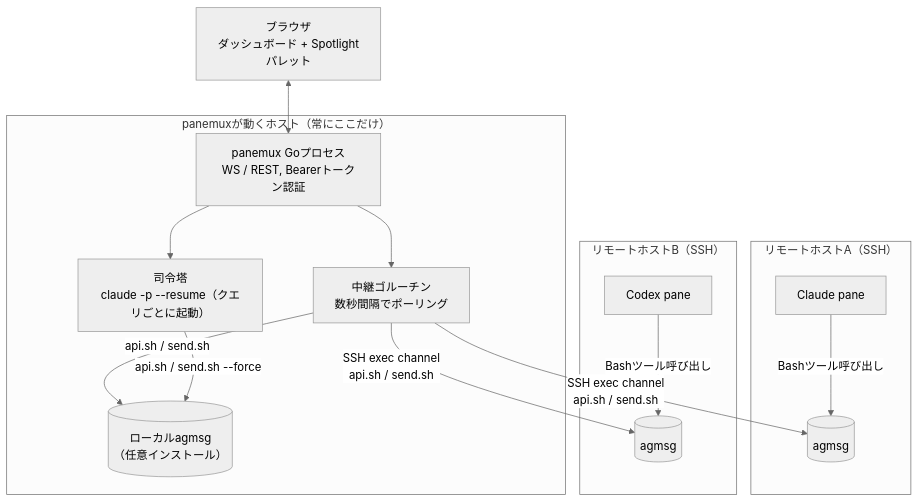
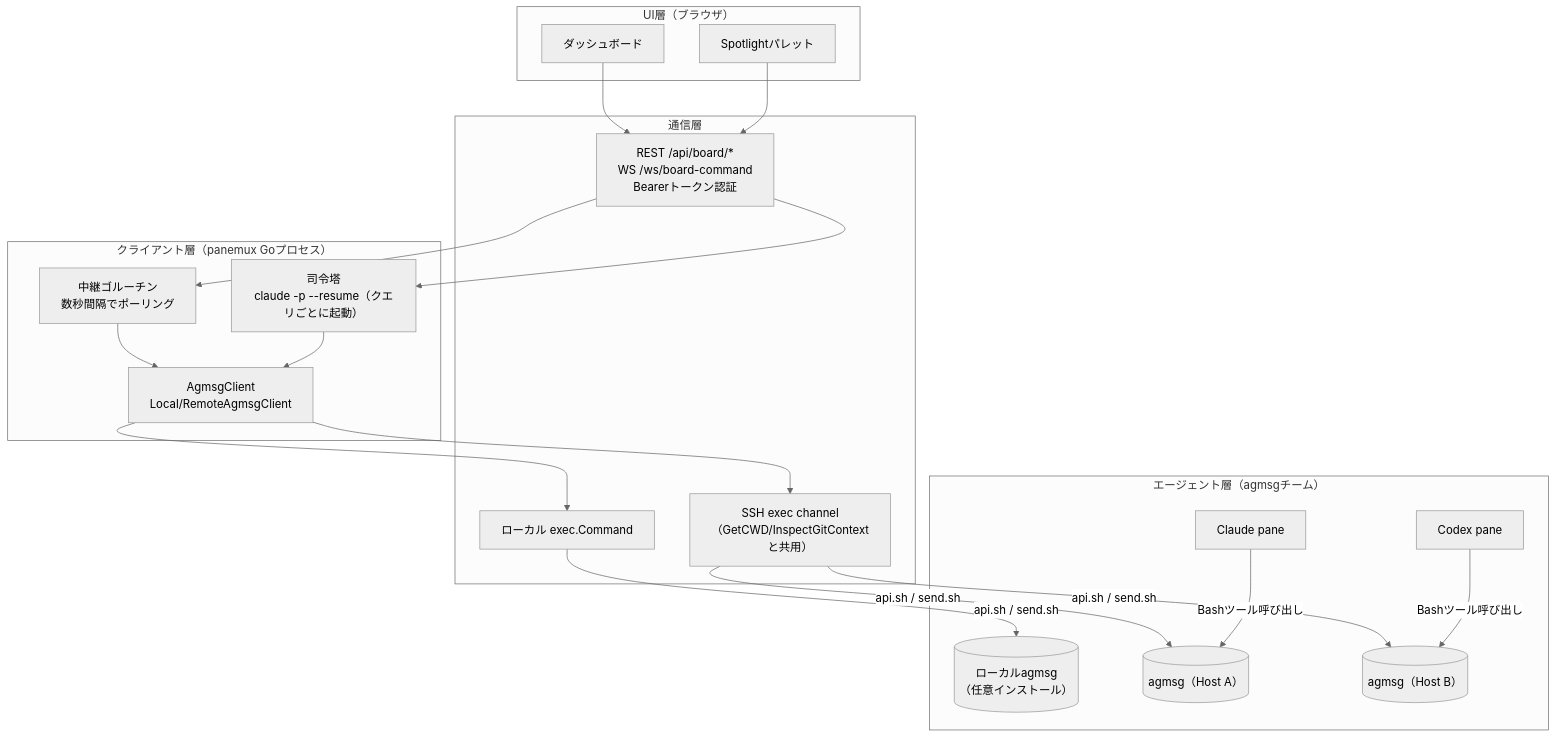
The first of 3 diagrams in docs/agent-board.md (tomo-chan/panemux), drawn with Mermaid (neutral theme) before and after one commit. The commit also changed other lines of this file, not shown here.

Commit message:
docs: split architecture diagram into UI/communication/client/agent layers
Redraw the Architecture diagram as four explicit layers (UI, communication,
client, agent/agmsg-team) instead of grouping nodes by physical host, so
the responsibility boundaries between the browser, the authenticated
REST/WS surface, panemux's own Go code, and agmsg itself are visible at
a glance. Local-vs-remote placement stays covered by its own diagram.

Claude-Session: https://claude.ai/code/session_01BzjVXV6HZmLGDVNCrWujTa

````diff
--- a/docs/agent-board.md
+++ b/docs/agent-board.md
@@ -83,31 +83,41 @@
 ```mermaid
 flowchart TB
-    Browser["ブラウザ<br/>ダッシュボード + Spotlightパレット"]
+    subgraph UILayer["UI層（ブラウザ）"]
+        Dashboard["ダッシュボード"]
+        Palette["Spotlightパレット"]
+    end
 
-    subgraph Local["panemuxが動くホスト（常にここだけ）"]
-        Server["panemux Goプロセス<br/>WS / REST, Bearerトークン認証"]
+    subgraph CommLayer["通信層"]
+        RestWs["REST /api/board/*<br/>WS /ws/board-command<br/>Bearerトークン認証"]
+        LocalExec["ローカル exec.Command"]
+        ExecCh["SSH exec channel<br/>（GetCWD/InspectGitContextと共用）"]
+    end
+
+    subgraph ClientLayer["クライアント層（panemux Goプロセス）"]
         Relay["中継ゴルーチン<br/>数秒間隔でポーリング"]
         CmdCenter["司令塔<br/>claude -p --resume（クエリごとに起動）"]
-        LocalAgmsg[("ローカルagmsg<br/>（任意インストール）")]
+        AgmsgClient["AgmsgClient<br/>Local/RemoteAgmsgClient"]
     end
 
-    subgraph HostA["リモートホストA（SSH）"]
-        AgmsgA[("agmsg")]
+    subgraph AgentLayer["エージェント層（agmsgチーム）"]
+        LocalAgmsg[("ローカルagmsg<br/>（任意インストール）")]
+        AgmsgA[("agmsg（Host A）")]
         ClaudeA["Claude pane"]
-    end
-
-    subgraph HostB["リモートホストB（SSH）"]
-        AgmsgB[("agmsg")]
+        AgmsgB[("agmsg（Host B）")]
         CodexB["Codex pane"]
     end
 
-    Browser <--> Server
-    Server --> Relay
-    Server --> CmdCenter
-    Relay -->|"api.sh / send.sh"| LocalAgmsg
-    CmdCenter -->|"api.sh / send.sh --force"| LocalAgmsg
-    Relay -->|"SSH exec channel<br/>api.sh / send.sh"| AgmsgA
-    Relay -->|"SSH exec channel<br/>api.sh / send.sh"| AgmsgB
+    Dashboard --> RestWs
+    Palette --> RestWs
+    RestWs --> Relay
+    RestWs --> CmdCenter
+    Relay --> AgmsgClient
+    CmdCenter --> AgmsgClient
+    AgmsgClient --> LocalExec
+    AgmsgClient --> ExecCh
+    LocalExec -->|"api.sh / send.sh"| LocalAgmsg
+    ExecCh -->|"api.sh / send.sh"| AgmsgA
+    ExecCh -->|"api.sh / send.sh"| AgmsgB
     ClaudeA -->|"Bashツール呼び出し"| AgmsgA
     CodexB -->|"Bashツール呼び出し"| AgmsgB
 ```
````
